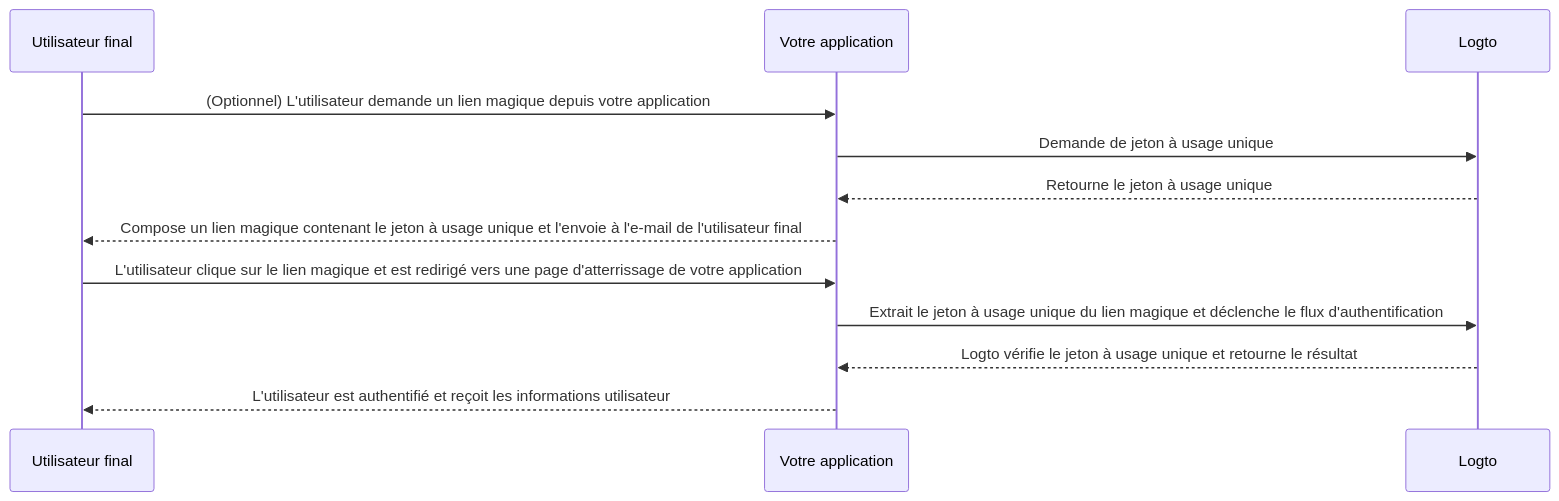
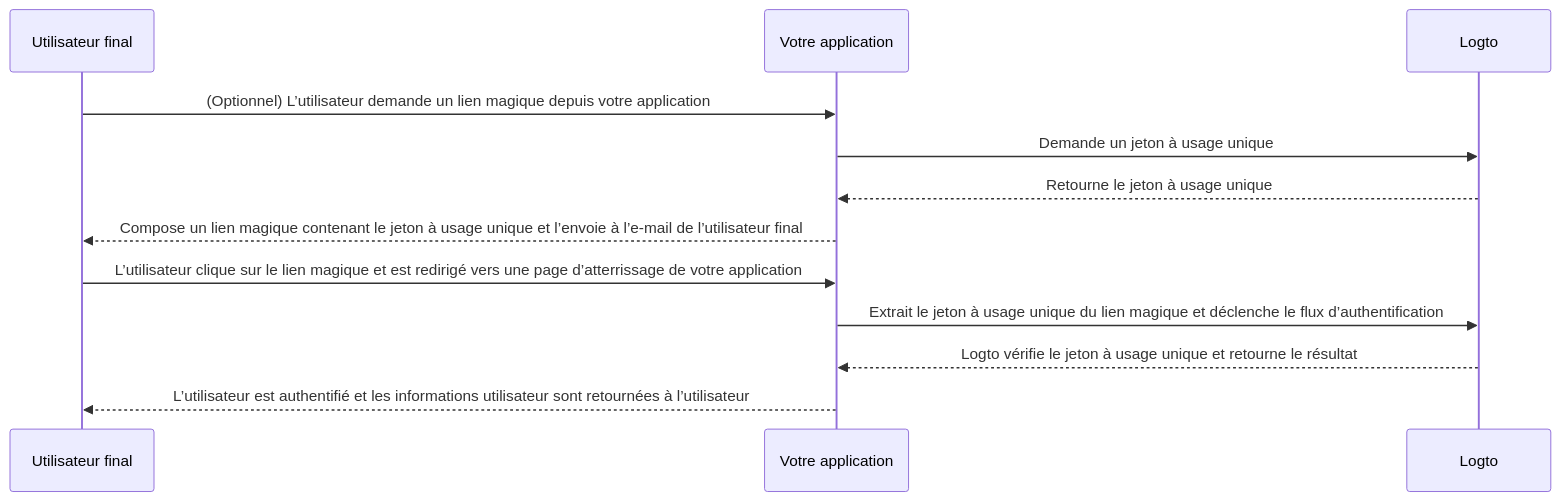
One commit to logto-io/docs changed the diagram in i18n/fr/docusaurus-plugin-content-docs/current/end-user-flows/one-time-token.mdx. Above: the diagram before and after it, drawn with Mermaid. The commit also changed other lines of this file and 47 other files, not shown here.

````diff
--- a/i18n/fr/docusaurus-plugin-content-docs/current/end-user-flows/one-time-token.mdx
+++ b/i18n/fr/docusaurus-plugin-content-docs/current/end-user-flows/one-time-token.mdx
@@ -38,15 +38,15 @@
 ```mermaid
 sequenceDiagram
   participant U as Utilisateur final
   participant C as Votre application
   participant L as Logto
 
-  U ->> C: (Optionnel) L'utilisateur demande un lien magique depuis votre application
-  C ->> L: Demande de jeton à usage unique
+  U ->> C: (Optionnel) L’utilisateur demande un lien magique depuis votre application
+  C ->> L: Demande un jeton à usage unique
   L -->> C: Retourne le jeton à usage unique
-  C -->> U: Compose un lien magique contenant le jeton à usage unique et l'envoie à l'e-mail de l'utilisateur final
-  U ->> C: L'utilisateur clique sur le lien magique et est redirigé vers une page d'atterrissage de votre application
-  C ->> L: Extrait le jeton à usage unique du lien magique et déclenche le flux d'authentification
+  C -->> U: Compose un lien magique contenant le jeton à usage unique et l’envoie à l’e-mail de l’utilisateur final
+  U ->> C: L’utilisateur clique sur le lien magique et est redirigé vers une page d’atterrissage de votre application
+  C ->> L: Extrait le jeton à usage unique du lien magique et déclenche le flux d’authentification
   L -->> C: Logto vérifie le jeton à usage unique et retourne le résultat
-  C -->> U: L'utilisateur est authentifié et reçoit les informations utilisateur
+  C -->> U: L’utilisateur est authentifié et les informations utilisateur sont retournées à l’utilisateur
 ```
````
